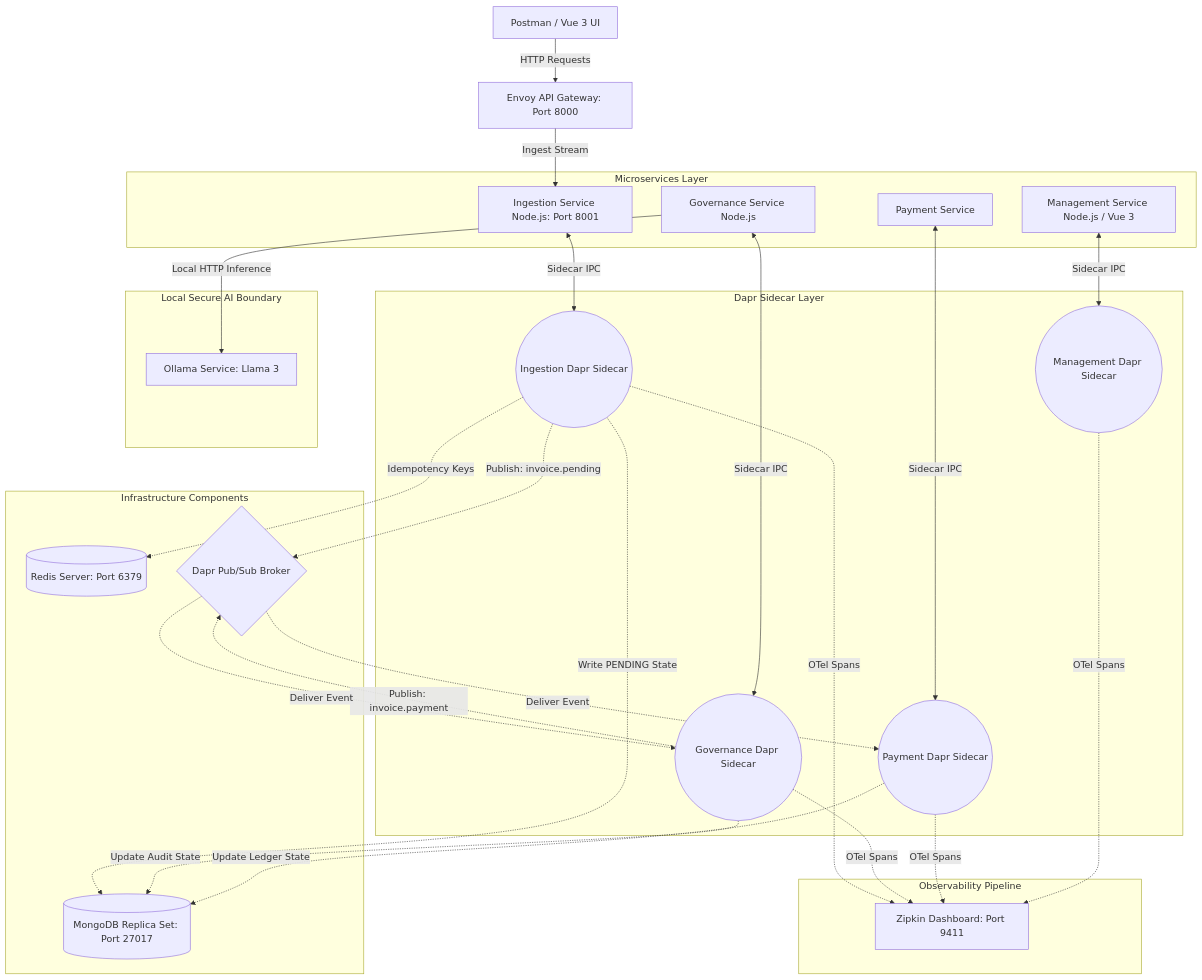
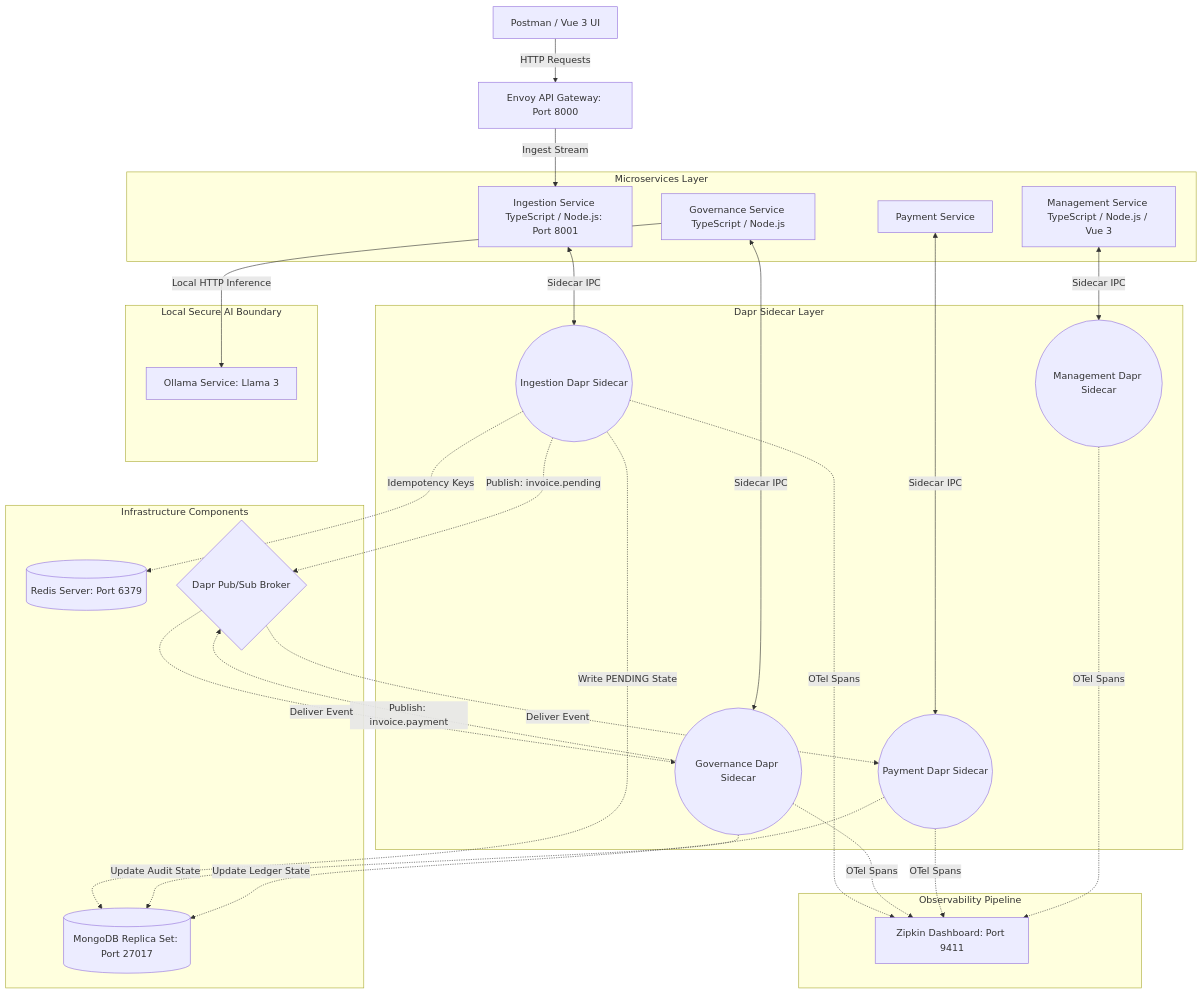
One commit to roman-shneer/InvoiceApprovalFlow changed the first of 4 diagrams in docs/ARCHITECTURE.md. Above: the diagram before and after it, drawn with Mermaid. The commit also changed other lines of this file and 4 other files, not shown here.

First line of the commit message:
docs: standardize stack naming to TypeScript (Node.js)

````diff
--- a/docs/ARCHITECTURE.md
+++ b/docs/ARCHITECTURE.md
@@ -22,45 +22,45 @@
 ```mermaid
 graph TD
     Client[Postman / Vue 3 UI] -->|HTTP Requests| Envoy[Envoy API Gateway: Port 8000]
-    Envoy -->|Ingest Stream| Ingestion[Ingestion Service Node.js: Port 8001]
+    Envoy -->|Ingest Stream| Ingestion[Ingestion Service TypeScript / Node.js: Port 8001]
 
     subgraph Microservices Layer
         Ingestion        
-        Governance[Governance Service Node.js]
+        Governance[Governance Service TypeScript / Node.js]
         Payment[Payment Service]
-        Management[Management Service Node.js / Vue 3]
+        Management[Management Service TypeScript / Node.js / Vue 3]
     end
 
     subgraph Dapr Sidecar Layer
         Ingestion <-->|Sidecar IPC| Dapr1((Ingestion Dapr Sidecar))
         Governance <-->|Sidecar IPC| Dapr2((Governance Dapr Sidecar))
         Payment <-->|Sidecar IPC| Dapr3((Payment Dapr Sidecar))
         Management <-->|Sidecar IPC| Dapr4((Management Dapr Sidecar))
     end
 
     subgraph Infrastructure Components
         Dapr1 -.->|Idempotency Keys| Redis[(Redis Server: Port 6379)]
         
         %% Database Connections
         Dapr1 -.->|Write PENDING State| DB[(MongoDB Replica Set: Port 27017)]
         Dapr2 -.->|Update Audit State| DB
         Dapr3 -.->|Update Ledger State| DB
 
         %% Dapr Pub/Sub Broker abstraction
         Dapr1 -.->|Publish: invoice.pending| PubSub{Dapr Pub/Sub Broker}
         Dapr2 -.->|Publish: invoice.payment| PubSub
         PubSub -.->|Deliver Event| Dapr2
         PubSub -.->|Deliver Event| Dapr3
     end
 
     subgraph Local Secure AI Boundary
         Governance -->|Local HTTP Inference| Ollama[Ollama Service: Llama 3]
     end
 
     subgraph Observability Pipeline
         Dapr1 -.->|OTel Spans| Zipkin[Zipkin Dashboard: Port 9411]
         Dapr2 -.->|OTel Spans| Zipkin
         Dapr3 -.->|OTel Spans| Zipkin
         Dapr4 -.->|OTel Spans| Zipkin
     end
 ```
````
